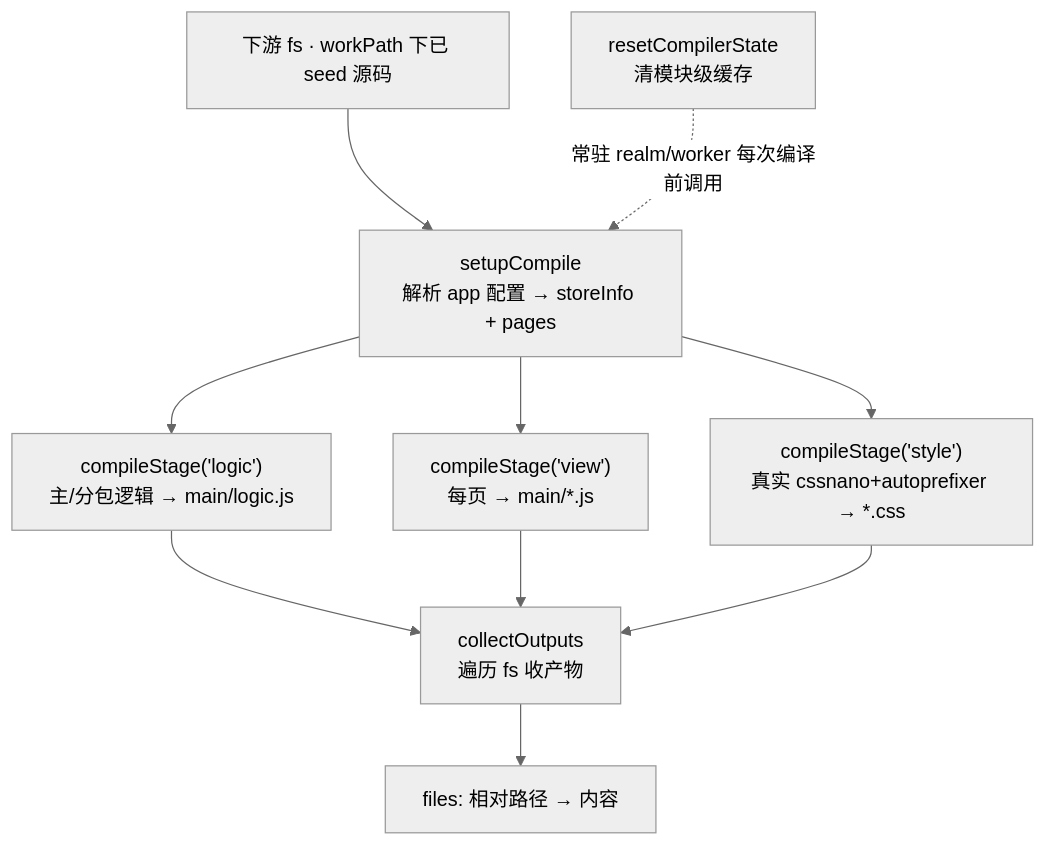
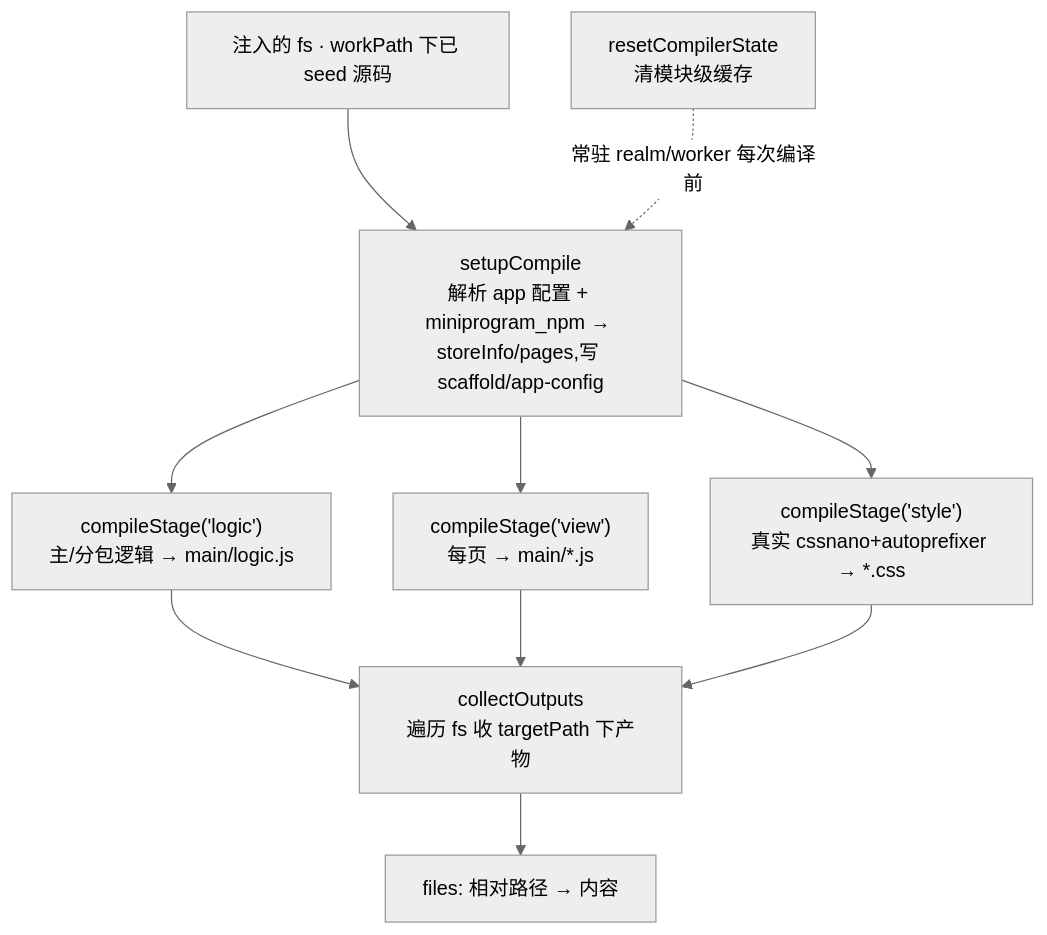
Before and after one commit to EchoTechFE/dimina-kit: the diagram in packages/web-compiler/README.md, drawn with Mermaid (neutral theme). The commit also changed other lines of this file and 4 other files, not shown here.

````diff
--- a/packages/web-compiler/README.md
+++ b/packages/web-compiler/README.md
@@ -41,12 +130,12 @@
 ```mermaid
 flowchart TD
-  SRC["下游 fs · workPath 下已 seed 源码"] --> SU["setupCompile<br/>解析 app 配置 → storeInfo + pages"]
+  SRC["注入的 fs · workPath 下已 seed 源码"] --> SU["setupCompile<br/>解析 app 配置 + miniprogram_npm → storeInfo/pages,写 scaffold/app-config"]
   SU --> L["compileStage('logic')<br/>主/分包逻辑 → main/logic.js"]
   SU --> V["compileStage('view')<br/>每页 → main/*.js"]
   SU --> S["compileStage('style')<br/>真实 cssnano+autoprefixer → *.css"]
-  L --> CO["collectOutputs<br/>遍历 fs 收产物"]
+  L --> CO["collectOutputs<br/>遍历 fs 收 targetPath 下产物"]
   V --> CO
   S --> CO
   CO --> OUT["files: 相对路径 → 内容"]
-  RS["resetCompilerState<br/>清模块级缓存"] -.->|"常驻 realm/worker 每次编译前调用"| SU
+  RS["resetCompilerState<br/>清模块级缓存"] -.->|"常驻 realm/worker 每次编译前"| SU
 ```
````
